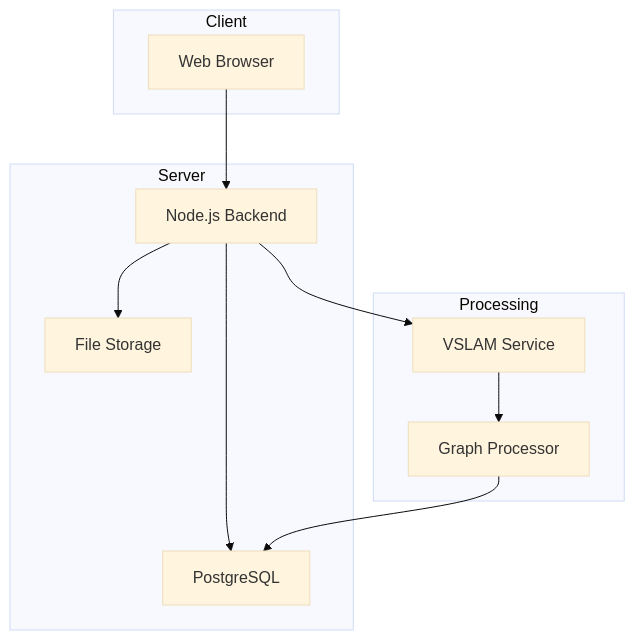
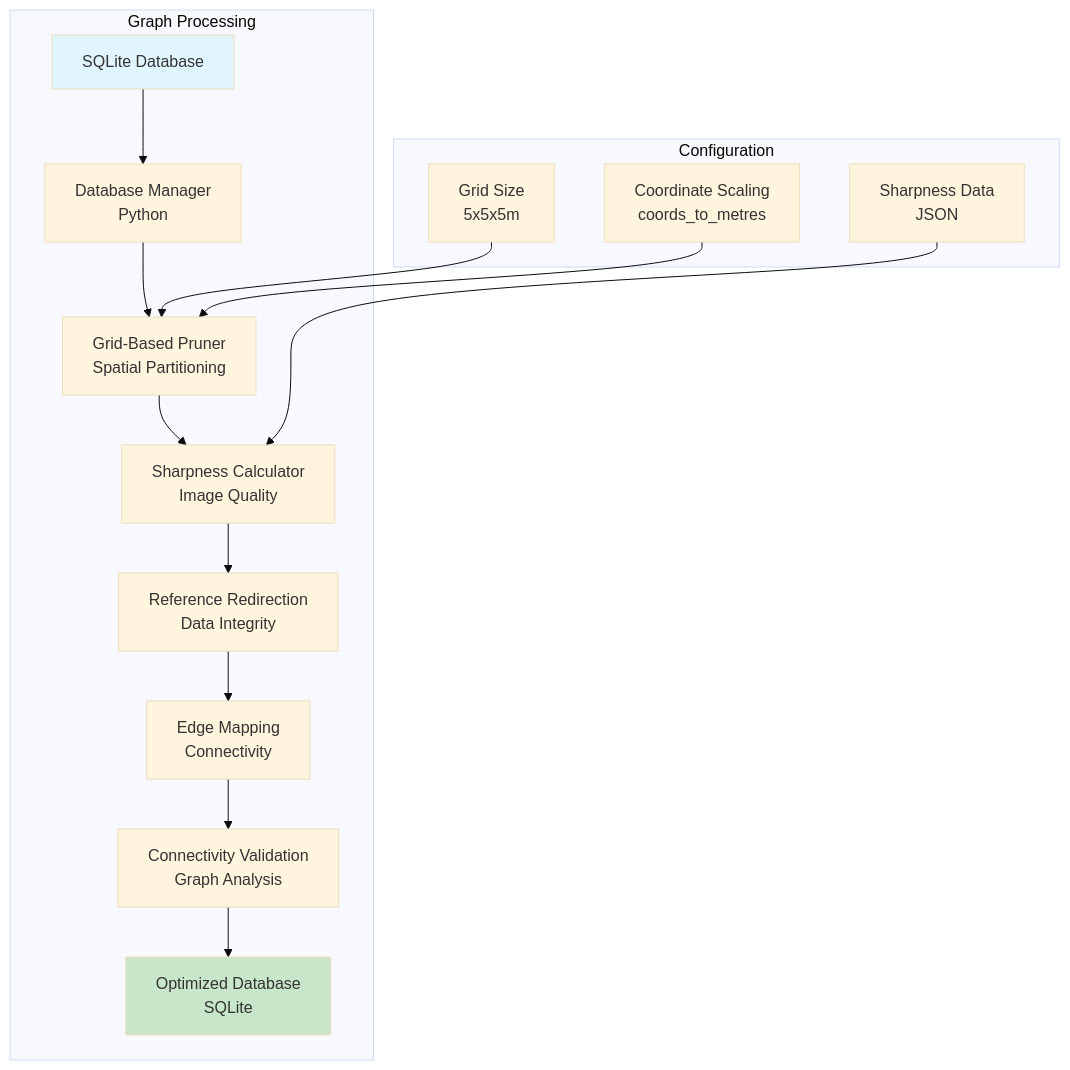
One commit to Skwangles/AT-bus-tracker changed the third of 13 diagrams in ai-overview/architecture.md. Above: the diagram before and after it, drawn with Mermaid (base theme). The commit also changed other lines of this file and 2 other files, not shown here.

````diff
--- a/ai-overview/architecture.md
+++ b/ai-overview/architecture.md
@@ -144,24 +78,21 @@
 ```mermaid
 graph TB
-    subgraph Client
-        A[Web Browser]
+    subgraph "Graph Processing"
+        A[SQLite Database] --> B[Database Manager<br/>Python]
+        B --> C[Grid-Based Pruner<br/>Spatial Partitioning]
+        C --> D[Sharpness Calculator<br/>Image Quality]
+        D --> E[Reference Redirection<br/>Data Integrity]
+        E --> F[Edge Mapping<br/>Connectivity]
+        F --> G[Connectivity Validation<br/>Graph Analysis]
+        G --> H[Optimized Database<br/>SQLite]
     end
-
-    subgraph Server
-        B[Node.js Backend]
-        C[PostgreSQL]
-        D[File Storage]
+    
+    subgraph "Configuration"
+        I[Grid Size<br/>5x5x5m] --> C
+        J[Sharpness Data<br/>JSON] --> D
+        K[Coordinate Scaling<br/>coords_to_metres] --> C
     end
-
-    subgraph Processing
-        E[VSLAM Service]
-        F[Graph Processor]
-    end
-
-    A --> B
-    B --> C
-    B --> D
-    B --> E
-    E --> F
-    F --> C
+    
+    style A fill:#e1f5fe
+    style H fill:#c8e6c9
 ```
````
